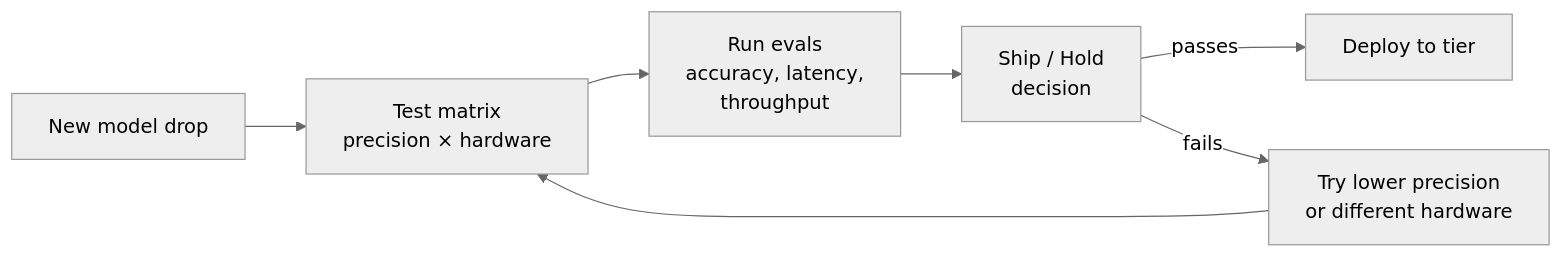
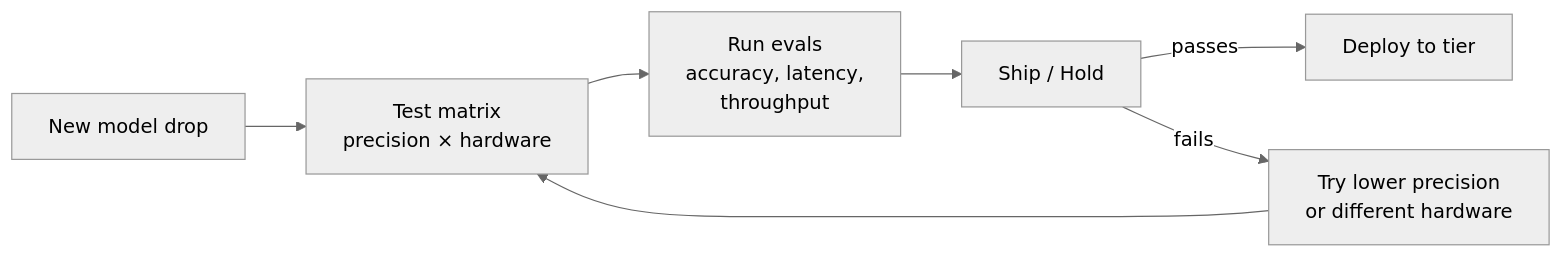
Before and after one commit to JonCooperWorks/rLLM: the tenth of 13 diagrams in docs/production-considerations.md, drawn with Mermaid (neutral theme). The commit also changed other lines of this file and 11 other files, not shown here.

````diff
--- a/docs/production-considerations.md
+++ b/docs/production-considerations.md
@@ -411,9 +324,9 @@
 ```mermaid
 graph LR
     Drop["New model drop"] --> Matrix["Test matrix<br/>precision × hardware"]
     Matrix --> Eval["Run evals<br/>accuracy, latency,<br/>throughput"]
-    Eval --> Report["Ship / Hold<br/>decision"]
+    Eval --> Report["Ship / Hold"]
     Report -->|passes| Deploy[Deploy to tier]
     Report -->|fails| Tune["Try lower precision<br/>or different hardware"]
     Tune --> Matrix
 ```
````
